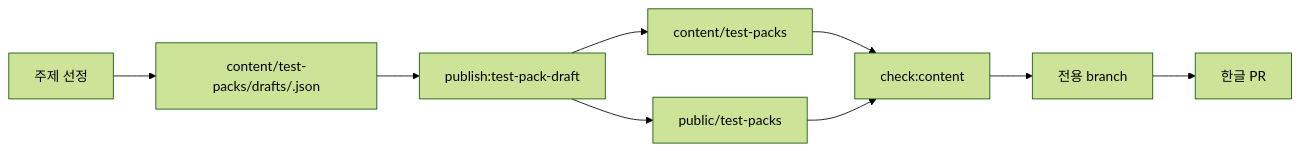
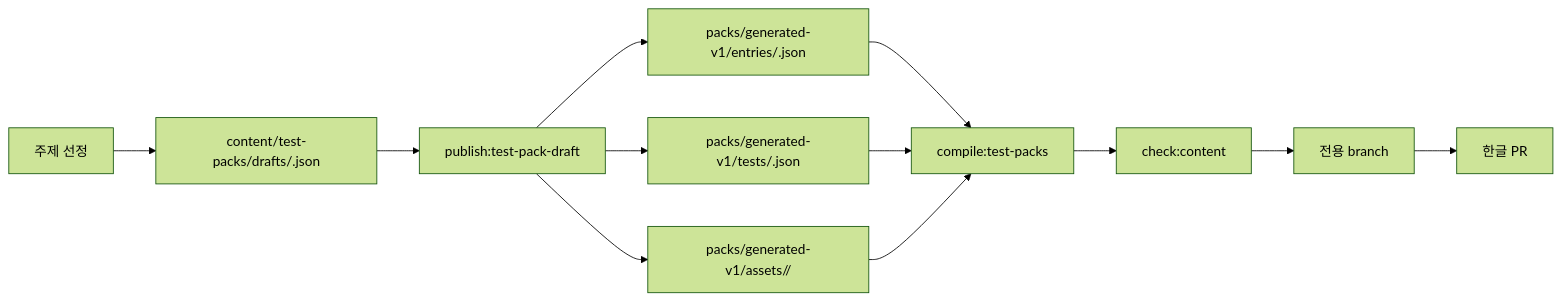
Before and after one commit to seorilabs/trait-test-hub: the diagram in docs/content-automation.md, drawn with Mermaid (forest theme). The commit also changed other lines of this file and 27 other files, not shown here.

````diff
--- a/docs/content-automation.md
+++ b/docs/content-automation.md
@@ -7,11 +7,14 @@
 ```mermaid
 flowchart LR
   Topic["주제 선정"] --> Draft["content/test-packs/drafts/<testId>.json"]
   Draft --> Publish["publish:test-pack-draft"]
-  Publish --> Source["content/test-packs"]
-  Publish --> Public["public/test-packs"]
-  Source --> Validate["check:content"]
-  Public --> Validate
+  Publish --> Entry["packs/generated-v1/entries/<testId>.json"]
+  Publish --> Payload["packs/generated-v1/tests/<testId>.json"]
+  Publish --> Assets["packs/generated-v1/assets/<testId>/"]
+  Entry --> Compile["compile:test-packs"]
+  Payload --> Compile
+  Assets --> Compile
+  Compile --> Validate["check:content"]
   Validate --> Branch["전용 branch"]
   Branch --> PR["한글 PR"]
 ```
````
